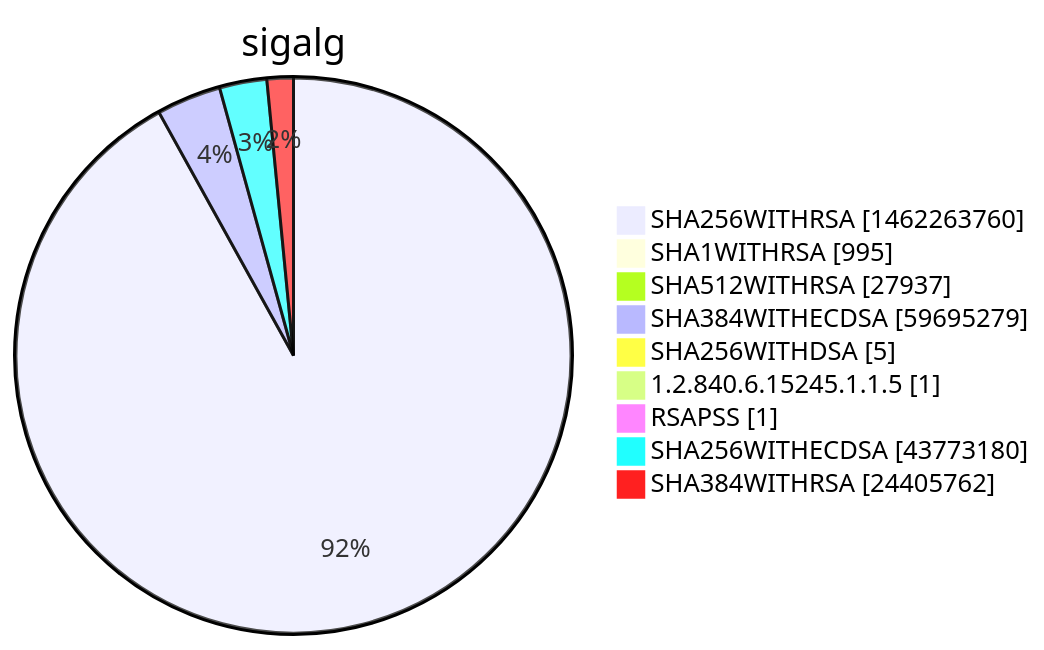
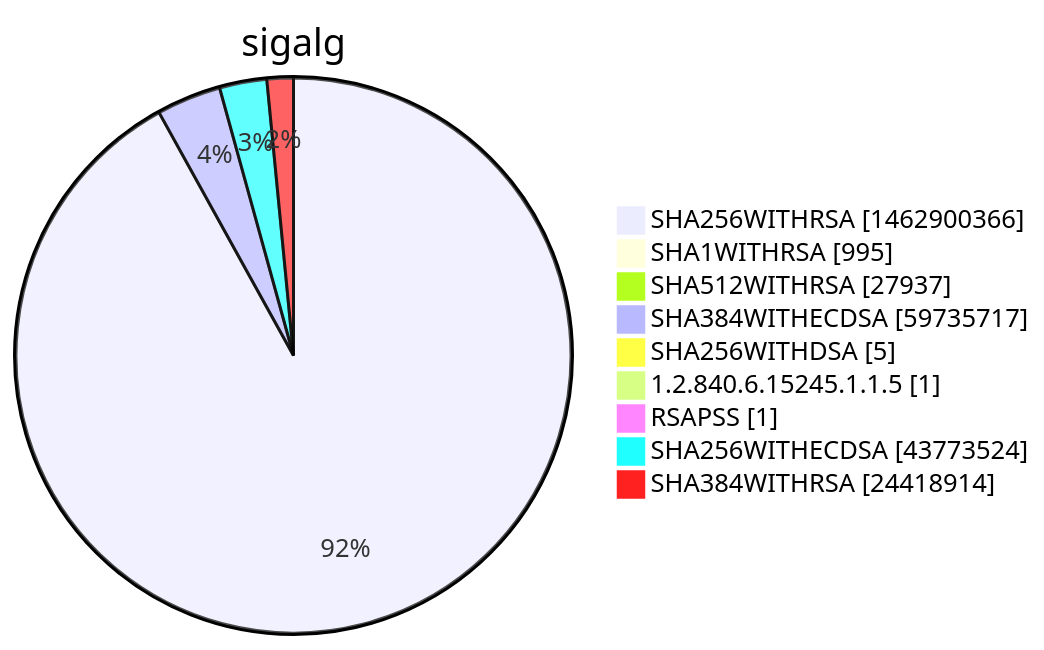
One commit to christiankrug/ctmonitor_visualization changed diagram 15 of 15 in xenon2022/README.md. Above: the diagram before and after it, drawn with Mermaid. The commit also changed other lines of this file, not shown here.

````diff
--- a/xenon2022/README.md
+++ b/xenon2022/README.md
@@ -5863,13 +5863,13 @@
 ```mermaid
 pie showData
 title sigalg
-"SHA256WITHRSA" :1462263760
+"SHA256WITHRSA" :1462900366
 "SHA1WITHRSA" :995
 "SHA512WITHRSA" :27937
-"SHA384WITHECDSA" :59695279
+"SHA384WITHECDSA" :59735717
 "SHA256WITHDSA" :5
 "1.2.840.6.15245.1.1.5" :1
 "RSAPSS" :1
-"SHA256WITHECDSA" :43773180
-"SHA384WITHRSA" :24405762
+"SHA256WITHECDSA" :43773524
+"SHA384WITHRSA" :24418914
 ```
````
